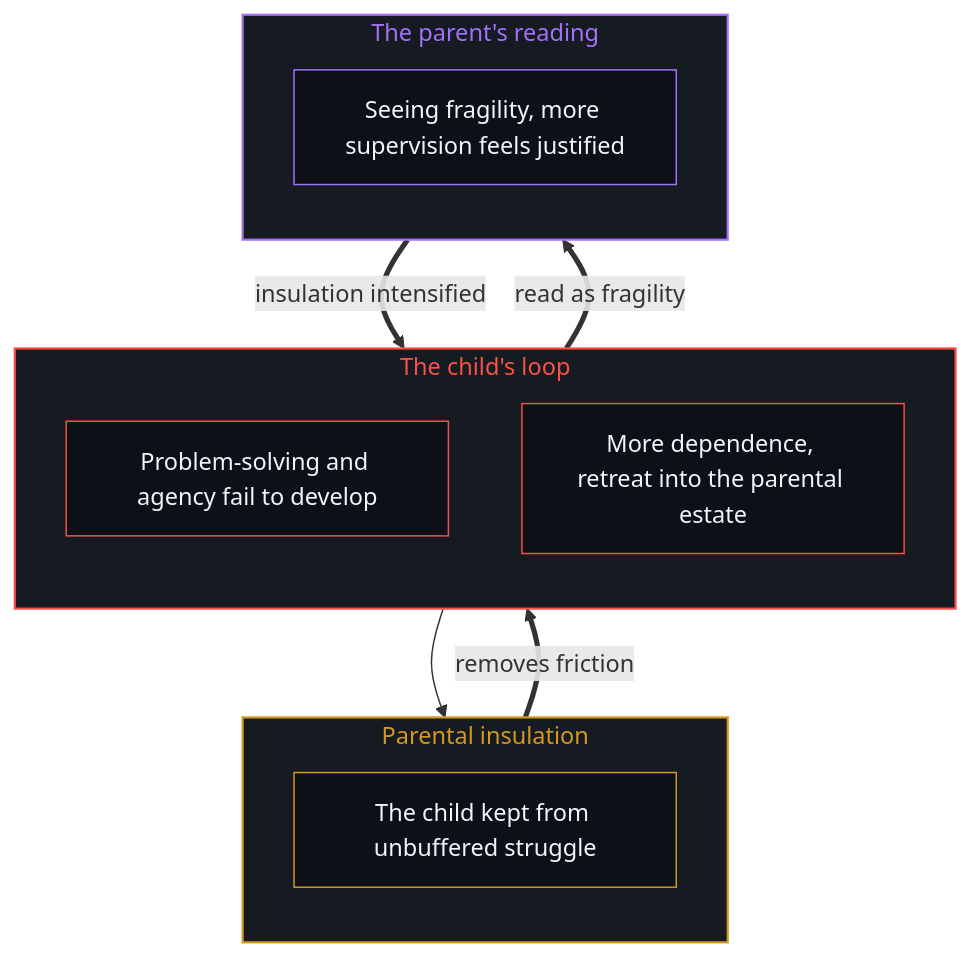
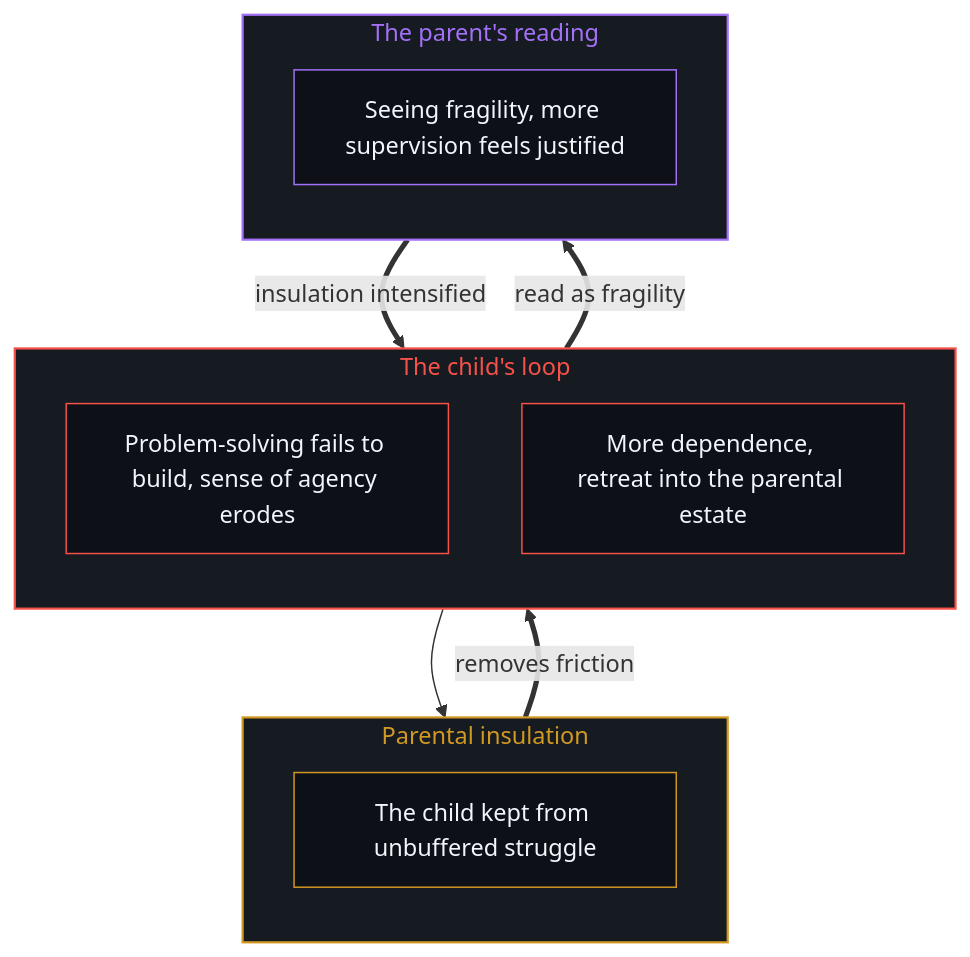
The second of 2 diagrams in content/posts/the-fallacy-of-post-success-parenting.md (powerpig99/not-a-toe), drawn with Mermaid before and after one commit. The commit also changed other lines of this file and 4 other files, not shown here.

````diff
--- a/content/posts/the-fallacy-of-post-success-parenting.md
+++ b/content/posts/the-fallacy-of-post-success-parenting.md
@@ -83,27 +83,27 @@
 ```mermaid
 flowchart TD
     subgraph S_Insulate["Parental insulation"]
         direction TB
         P1["The child kept from unbuffered struggle"]
     end
     subgraph S_Child["The child's loop"]
         direction TB
-        C1["Problem-solving and agency fail to develop"]
+        C1["Problem-solving fails to build, sense of agency erodes"]
         C2["More dependence, retreat into the parental estate"]
     end
     subgraph S_Parent["The parent's reading"]
         direction TB
         R1["Seeing fragility, more supervision feels justified"]
     end
     P1 ==>|"removes friction"| C1
     C1 ==>|"read as fragility"| R1
     R1 ==>|"insulation intensified"| C2
     C2 --> P1
     style S_Insulate fill:#161b22,stroke:#d29922,stroke-width:1.5px,color:#d29922
     style S_Child fill:#161b22,stroke:#f85149,stroke-width:1.5px,color:#f85149
     style S_Parent fill:#161b22,stroke:#a371f7,stroke-width:1.5px,color:#a371f7
     style P1 fill:#0d1117,stroke:#d29922,stroke-width:1px,color:#f0f6fc
     style C1 fill:#0d1117,stroke:#f85149,stroke-width:1px,color:#f0f6fc
     style C2 fill:#0d1117,stroke:#f85149,stroke-width:1px,color:#f0f6fc
     style R1 fill:#0d1117,stroke:#a371f7,stroke-width:1px,color:#f0f6fc
 ```
````
